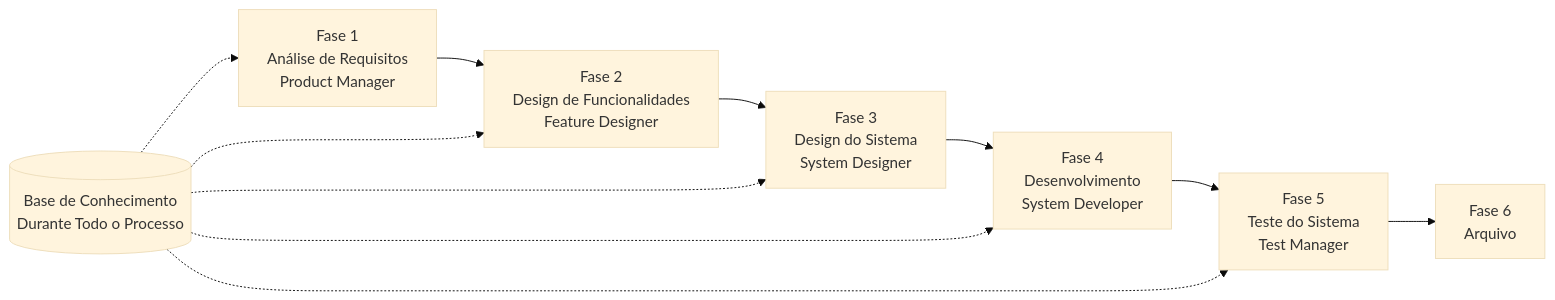
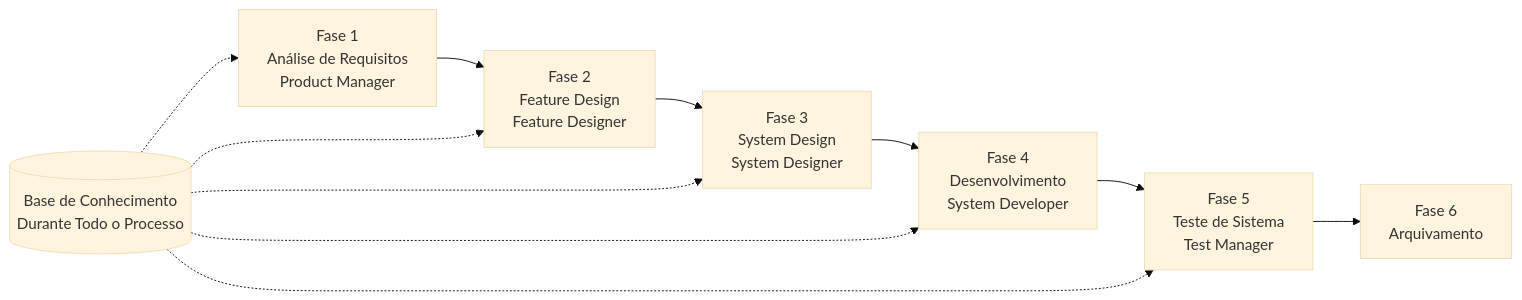
The diagram in docs/GETTING-STARTED.pt-BR.md (charlesmu99/speccrew), drawn with Mermaid (base theme) before and after one commit. The commit also changed other lines of this file and 32 other files, not shown here.

````diff
--- a/docs/GETTING-STARTED.pt-BR.md
+++ b/docs/GETTING-STARTED.pt-BR.md
@@ -70,14 +144,14 @@
 ```mermaid
 flowchart LR
-    PRD[Fase 1<br/>Análise de Requisitos<br/>Product Manager] --> FD[Fase 2<br/>Design de Funcionalidades<br/>Feature Designer]
-    FD --> SD[Fase 3<br/>Design do Sistema<br/>System Designer]
+    PRD[Fase 1<br/>Análise de Requisitos<br/>Product Manager] --> FD[Fase 2<br/>Feature Design<br/>Feature Designer]
+    FD --> SD[Fase 3<br/>System Design<br/>System Designer]
     SD --> DEV[Fase 4<br/>Desenvolvimento<br/>System Developer]
-    DEV --> TEST[Fase 5<br/>Teste do Sistema<br/>Test Manager]
-    TEST --> ARCHIVE[Fase 6<br/>Arquivo]
+    DEV --> TEST[Fase 5<br/>Teste de Sistema<br/>Test Manager]
+    TEST --> ARCHIVE[Fase 6<br/>Arquivamento]
     
     KB[(Base de Conhecimento<br/>Durante Todo o Processo)] -.-> PRD
     KB -.-> FD
     KB -.-> SD
     KB -.-> DEV
     KB -.-> TEST
 ```
````
